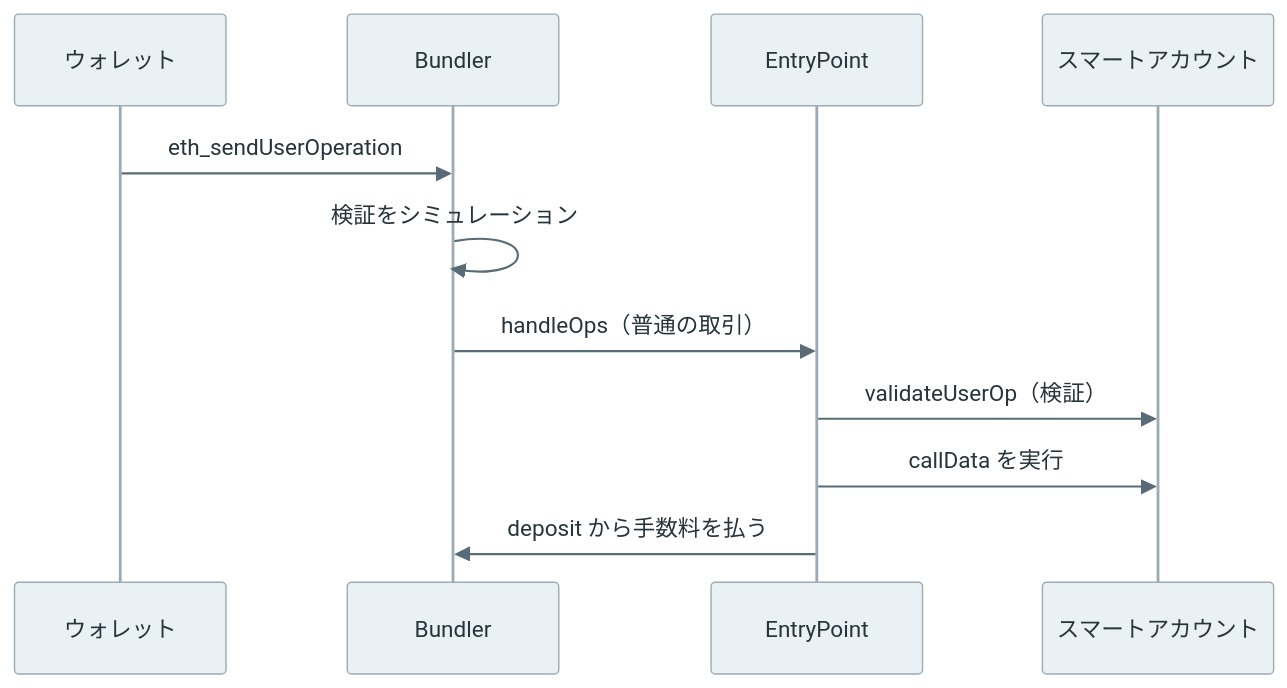
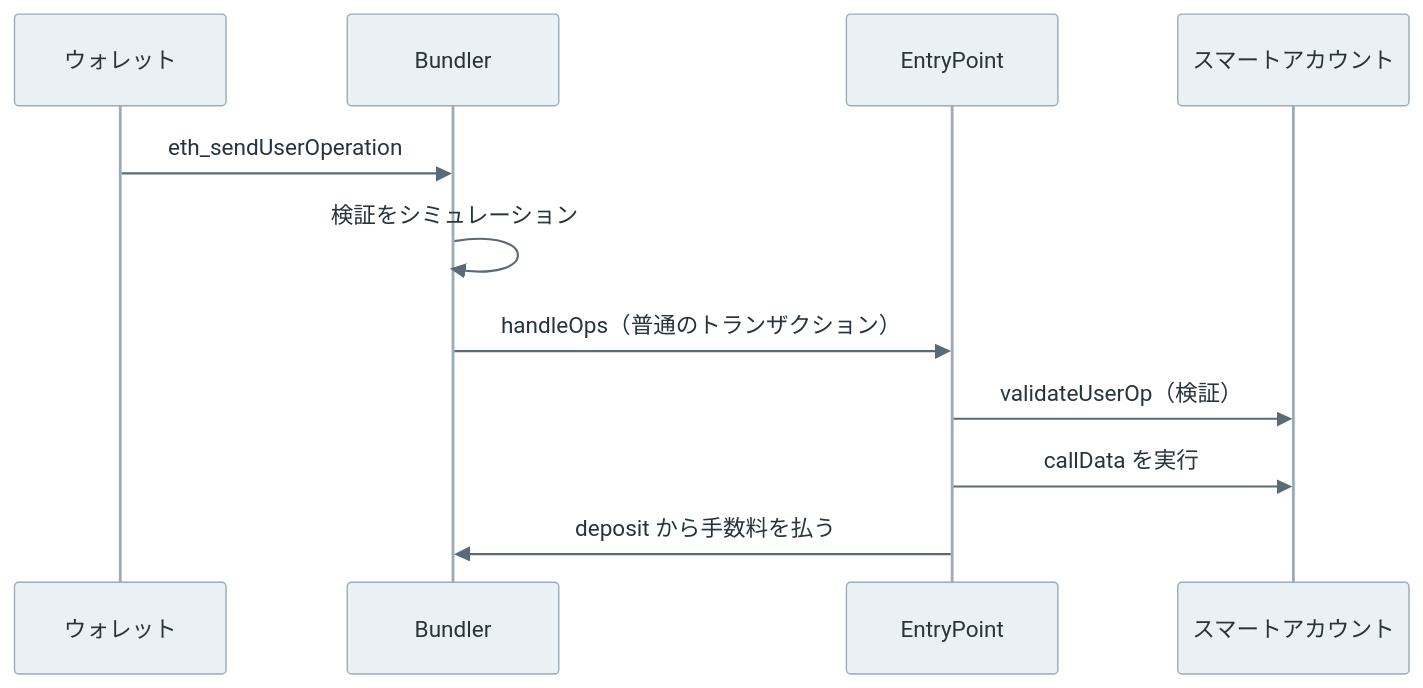
One commit to nao1215/debimate changed the diagram in content/notes/blockchain-systems/erc-4337/index.md. Above: the diagram before and after it, drawn with Mermaid. The commit also changed other lines of this file and 129 other files, not shown here.

````diff
--- a/content/notes/blockchain-systems/erc-4337/index.md
+++ b/content/notes/blockchain-systems/erc-4337/index.md
@@ -81,14 +81,14 @@
 ```mermaid
 %%{init: {"theme":"base","themeVariables":{"primaryColor":"#eaf1f5","primaryTextColor":"#28343b","primaryBorderColor":"#9cabb5","lineColor":"#596b76","textColor":"#28343b","actorBkg":"#eaf1f5","actorBorder":"#9cabb5","actorTextColor":"#28343b","actorLineColor":"#9cabb5","signalColor":"#596b76","signalTextColor":"#28343b","noteBkgColor":"#f7f1e5","noteBorderColor":"#c5b99b","noteTextColor":"#403c32","activationBkgColor":"#edf3ef","activationBorderColor":"#9aafa1"}}}%%
 sequenceDiagram
     participant W as ウォレット
     participant B as Bundler
     participant E as EntryPoint
     participant A as スマートアカウント
     W->>B: eth_sendUserOperation
     B->>B: 検証をシミュレーション
-    B->>E: handleOps（普通の取引）
+    B->>E: handleOps（普通のトランザクション）
     E->>A: validateUserOp（検証）
     E->>A: callData を実行
     E->>B: deposit から手数料を払う
 ```
````
